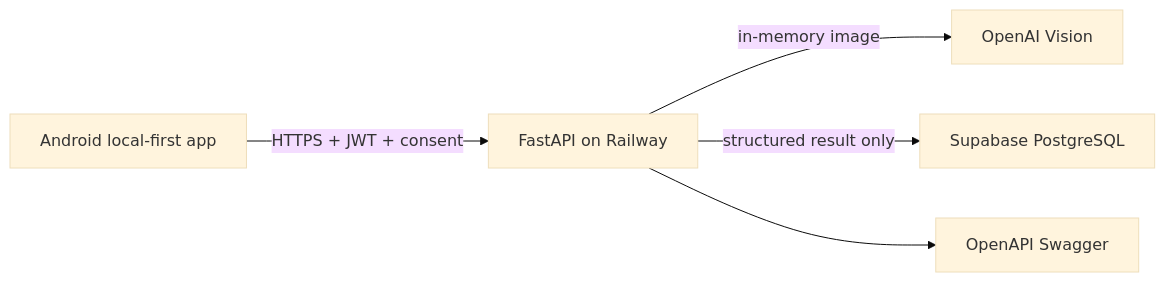
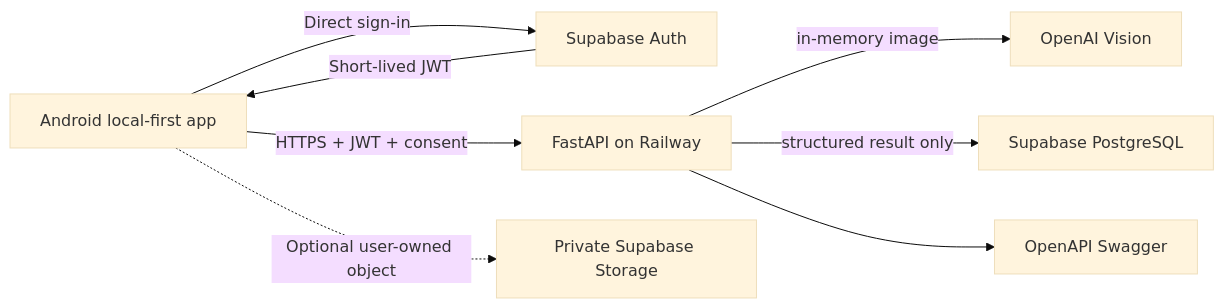
One commit to Lazzariniiris/Lifetrack changed the diagram in docs/cloud-architecture.md. Above: the diagram before and after it, drawn with Mermaid (base theme). The commit also changed other lines of this file and 70 other files, not shown here.

````diff
--- a/docs/cloud-architecture.md
+++ b/docs/cloud-architecture.md
@@ -7,7 +7,10 @@
 ```mermaid
 flowchart LR
-  Android[Android local-first app] -->|HTTPS + JWT + consent| API[FastAPI on Railway]
+  Android[Android local-first app] -->|Direct sign-in| Auth[Supabase Auth]
+  Auth -->|Short-lived JWT| Android
+  Android -->|HTTPS + JWT + consent| API[FastAPI on Railway]
   API -->|in-memory image| Vision[OpenAI Vision]
   API -->|structured result only| DB[Supabase PostgreSQL]
+  Android -.->|Optional user-owned object| Storage[Private Supabase Storage]
   API --> Docs[OpenAPI Swagger]
 ```
````
